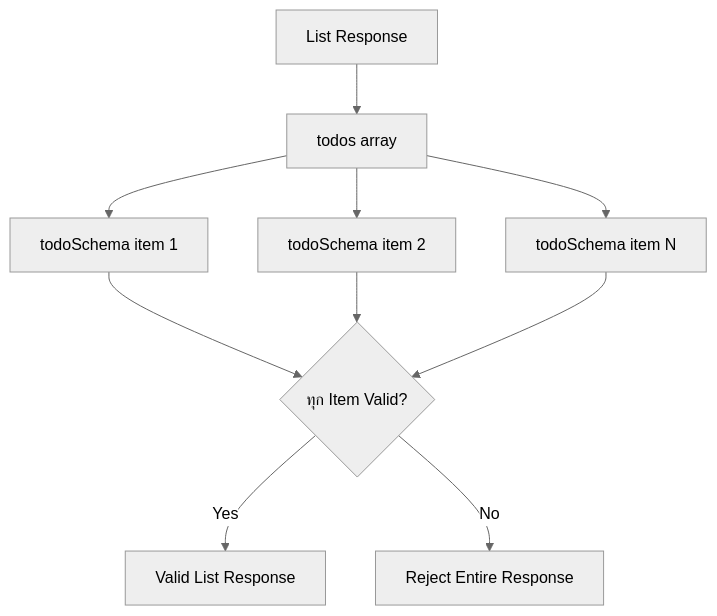
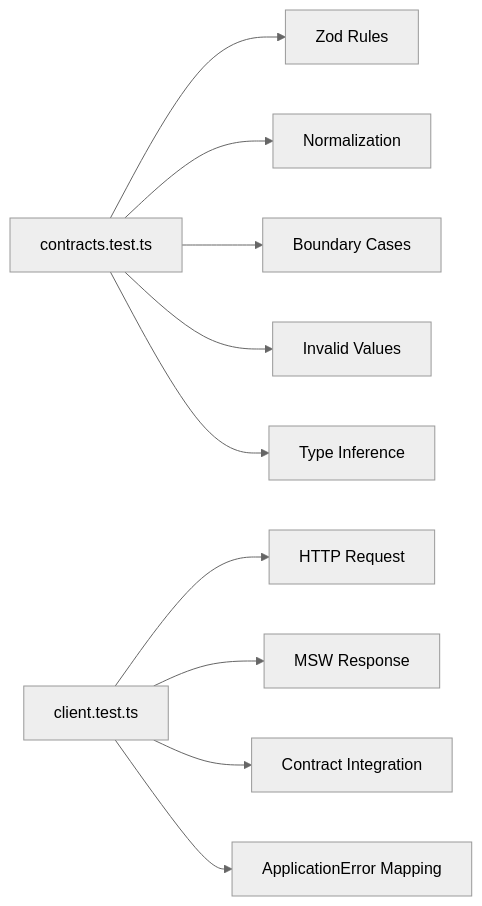
Before and after one commit to thehermitdev/tanstack-router-boilerplate: the third of 6 diagrams in docs/details/todos/api-contract-test.md, drawn with Mermaid (neutral theme). The commit also changed other lines of this file, not shown here.

Commit message:
docs: refine todos API contract testing guide

````diff
--- a/docs/details/todos/api-contract-test.md
+++ b/docs/details/todos/api-contract-test.md
@@ -1240,12 +216,13 @@
 ```mermaid
-flowchart TD
-    A[List Response] --> B[todos array]
-    B --> C1[todoSchema item 1]
-    B --> C2[todoSchema item 2]
-    B --> C3[todoSchema item N]
-    C1 --> D{ทุก Item Valid?}
-    C2 --> D
-    C3 --> D
-    D -->|Yes| E[Valid List Response]
-    D -->|No| F[Reject Entire Response]
+flowchart LR
+    A[contracts.test.ts] --> B[Zod Rules]
+    A --> C[Normalization]
+    A --> D[Boundary Cases]
+    A --> E[Invalid Values]
+    A --> F[Type Inference]
+
+    G[client.test.ts] --> H[HTTP Request]
+    G --> I[MSW Response]
+    G --> J[Contract Integration]
+    G --> K[ApplicationError Mapping]
 ```
````
